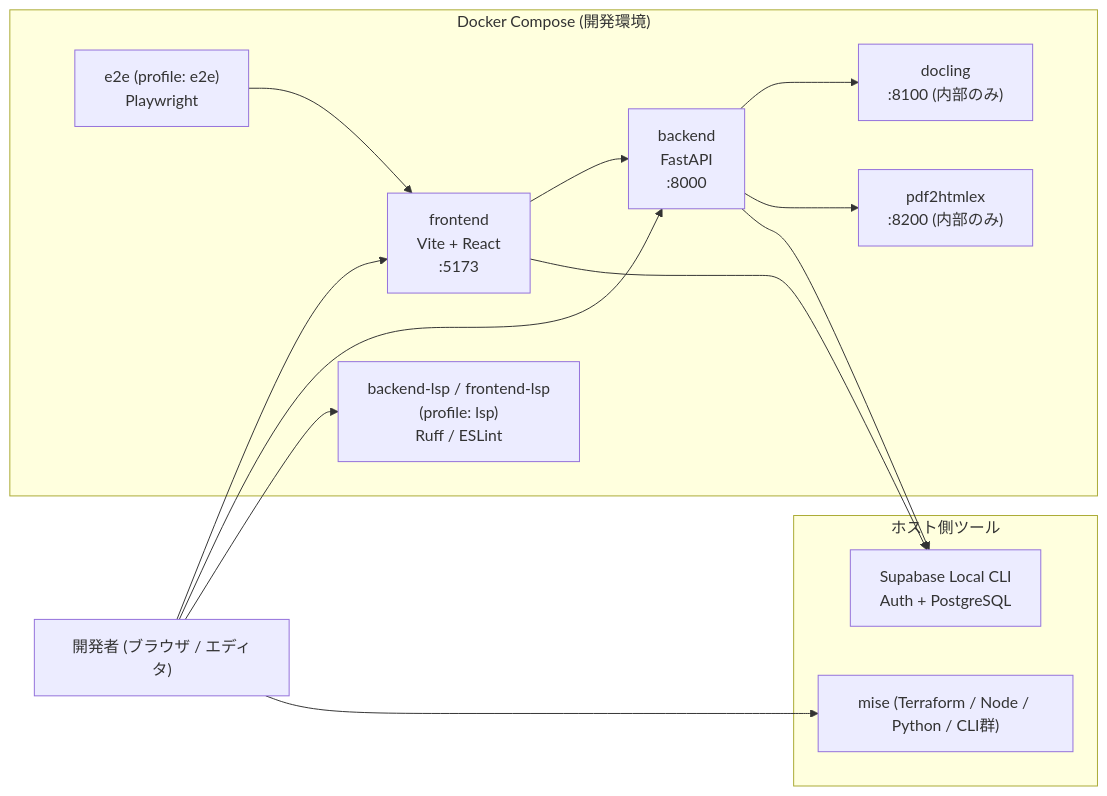
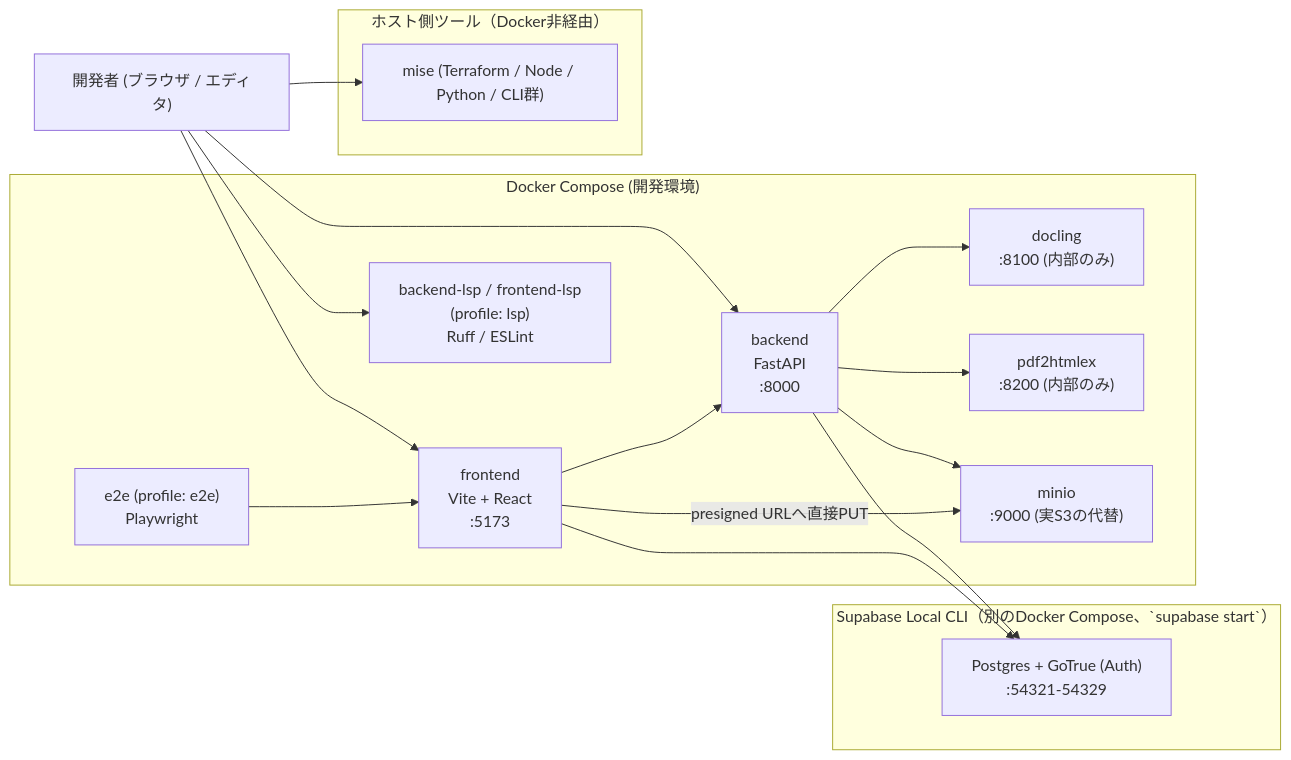
Before and after one commit to EisukeHishikawa/adapt-sheet: the second of 8 diagrams in docs/architecture.md, drawn with Mermaid. The commit also changed other lines of this file, not shown here.

Commit message:
docs: 開発環境構成図をdocker-compose.ymlの実態に合わせて修正
SupabaseもDockerコンテナ（別スタックのDocker Compose）で動くにも
関わらず、mise等の非Docker系ホストツールと同じ「ホスト側ツール」に
まとめられており誤解を招く表記だったため、別のsubgraphへ分離した。
あわせて、docker-compose.ymlに存在するminioサービスが図から抜けていたため追加した。

````diff
--- a/docs/architecture.md
+++ b/docs/architecture.md
@@ -63,29 +63,35 @@
 ```mermaid
 flowchart LR
     Dev["開発者 (ブラウザ / エディタ)"]
 
     subgraph Compose["Docker Compose (開発環境)"]
         FE["frontend<br/>Vite + React<br/>:5173"]
         BE["backend<br/>FastAPI<br/>:8000"]
         DL["docling<br/>:8100 (内部のみ)"]
         PH["pdf2htmlex<br/>:8200 (内部のみ)"]
+        MinIO["minio<br/>:9000 (実S3の代替)"]
         E2E["e2e (profile: e2e)<br/>Playwright"]
         LSP["backend-lsp / frontend-lsp<br/>(profile: lsp)<br/>Ruff / ESLint"]
     end
 
-    subgraph Host["ホスト側ツール"]
-        SB["Supabase Local CLI<br/>Auth + PostgreSQL"]
+    subgraph SupaCompose["Supabase Local CLI（別のDocker Compose、`supabase start`）"]
+        SB["Postgres + GoTrue (Auth)<br/>:54321-54329"]
+    end
+
+    subgraph Host["ホスト側ツール（Docker非経由）"]
         Mise["mise (Terraform / Node / Python / CLI群)"]
     end
 
     Dev --> FE
     Dev --> BE
     Dev --> LSP
     FE --> BE
     BE --> DL
     BE --> PH
+    BE --> MinIO
+    FE -->|"presigned URLへ直接PUT"| MinIO
     BE --> SB
     FE --> SB
     E2E --> FE
     Dev --> Mise
 ```
````
